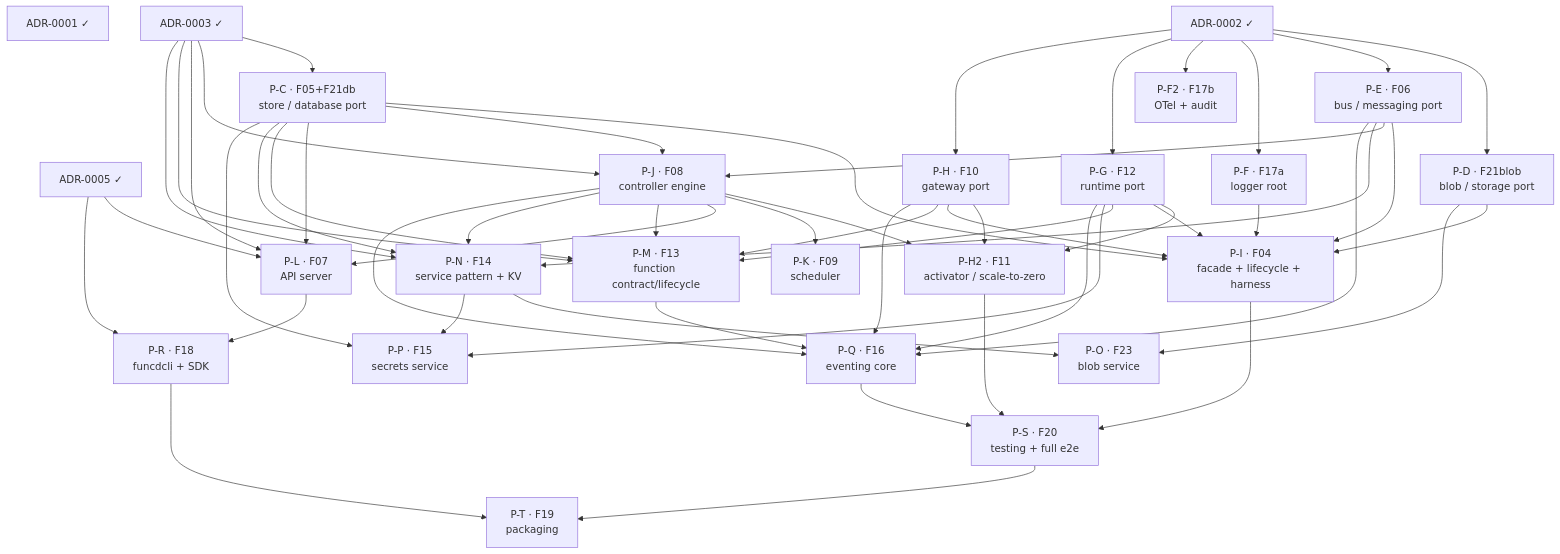
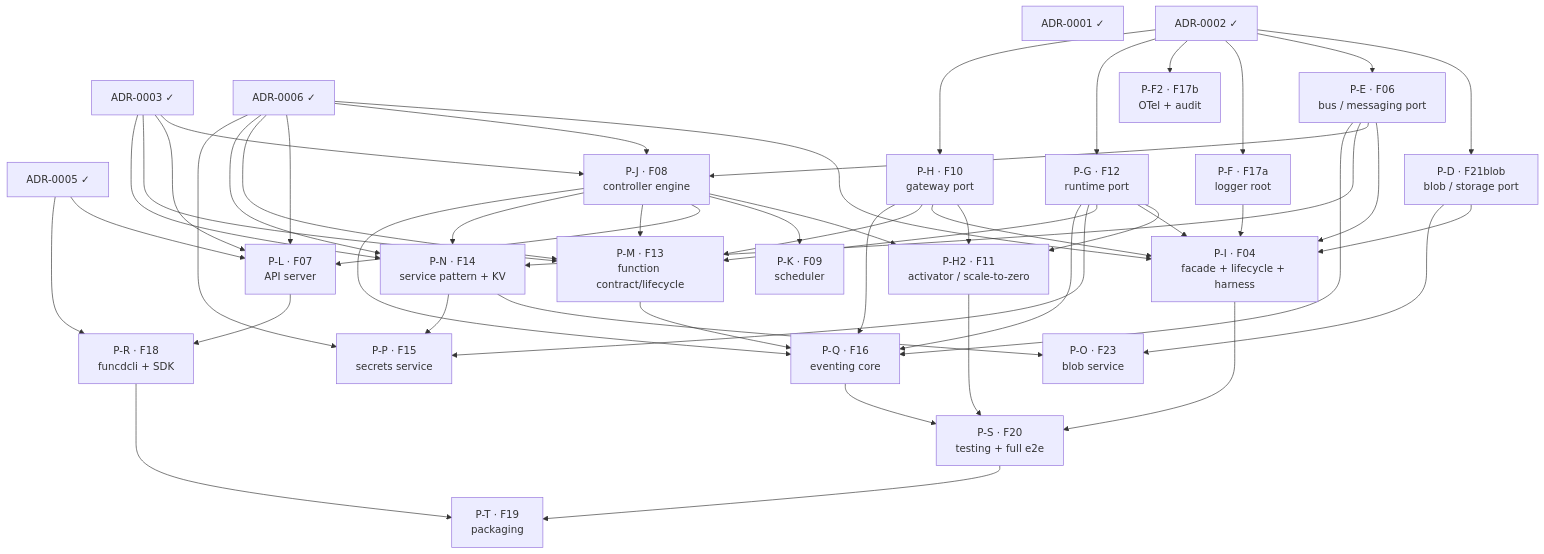
Before and after one commit to pyvvo/funcd: the diagram in docs/roadmap/v1-delivery-plan.md, drawn with Mermaid. The commit also changed other lines of this file and 1 other file, not shown here.

First line of the commit message:
chore: graduate ADR-0006 (P-C) to tier 0 in V1 roadmap (store implemented)

````diff
--- a/docs/roadmap/v1-delivery-plan.md
+++ b/docs/roadmap/v1-delivery-plan.md
@@ -90,78 +89,77 @@
 ```mermaid
 flowchart TB
     ADR_0001["ADR-0001 ✓"]
     ADR_0002["ADR-0002 ✓"]
     ADR_0003["ADR-0003 ✓"]
     ADR_0005["ADR-0005 ✓"]
-    P_C["P-C · F05+F21db<br/>store / database port"]
+    ADR_0006["ADR-0006 ✓"]
     P_D["P-D · F21blob<br/>blob / storage port"]
     P_E["P-E · F06<br/>bus / messaging port"]
     P_F["P-F · F17a<br/>logger root"]
     P_F2["P-F2 · F17b<br/>OTel + audit"]
     P_G["P-G · F12<br/>runtime port"]
     P_H["P-H · F10<br/>gateway port"]
     P_H2["P-H2 · F11<br/>activator / scale-to-zero"]
     P_I["P-I · F04<br/>facade + lifecycle + harness"]
     P_J["P-J · F08<br/>controller engine"]
     P_K["P-K · F09<br/>scheduler"]
     P_L["P-L · F07<br/>API server"]
     P_M["P-M · F13<br/>function contract/lifecycle"]
     P_N["P-N · F14<br/>service pattern + KV"]
     P_O["P-O · F23<br/>blob service"]
     P_P["P-P · F15<br/>secrets service"]
     P_Q["P-Q · F16<br/>eventing core"]
     P_R["P-R · F18<br/>funcdcli + SDK"]
     P_S["P-S · F20<br/>testing + full e2e"]
     P_T["P-T · F19<br/>packaging"]
 
-    ADR_0003 --> P_C
     ADR_0002 --> P_D
     ADR_0002 --> P_E
     ADR_0002 --> P_F
     ADR_0002 --> P_F2
     ADR_0002 --> P_G
     ADR_0002 --> P_H
     P_H --> P_H2
     P_G --> P_H2
     P_J --> P_H2
-    P_C --> P_I
+    ADR_0006 --> P_I
     P_D --> P_I
     P_E --> P_I
     P_F --> P_I
     P_G --> P_I
     P_H --> P_I
     ADR_0003 --> P_J
-    P_C --> P_J
+    ADR_0006 --> P_J
     P_E --> P_J
     P_J --> P_K
     ADR_0005 --> P_L
     ADR_0003 --> P_L
-    P_C --> P_L
+    ADR_0006 --> P_L
     P_J --> P_L
     P_G --> P_M
     P_H --> P_M
     ADR_0003 --> P_M
-    P_C --> P_M
+    ADR_0006 --> P_M
     P_J --> P_M
     P_E --> P_N
-    P_C --> P_N
+    ADR_0006 --> P_N
     P_J --> P_N
     ADR_0003 --> P_N
     P_D --> P_O
     P_N --> P_O
-    P_C --> P_P
+    ADR_0006 --> P_P
     P_N --> P_P
     P_G --> P_P
     P_E --> P_Q
     P_H --> P_Q
     P_G --> P_Q
     P_M --> P_Q
     P_J --> P_Q
     ADR_0005 --> P_R
     P_L --> P_R
     P_I --> P_S
     P_Q --> P_S
     P_H2 --> P_S
     P_R --> P_T
     P_S --> P_T
 ```
````
